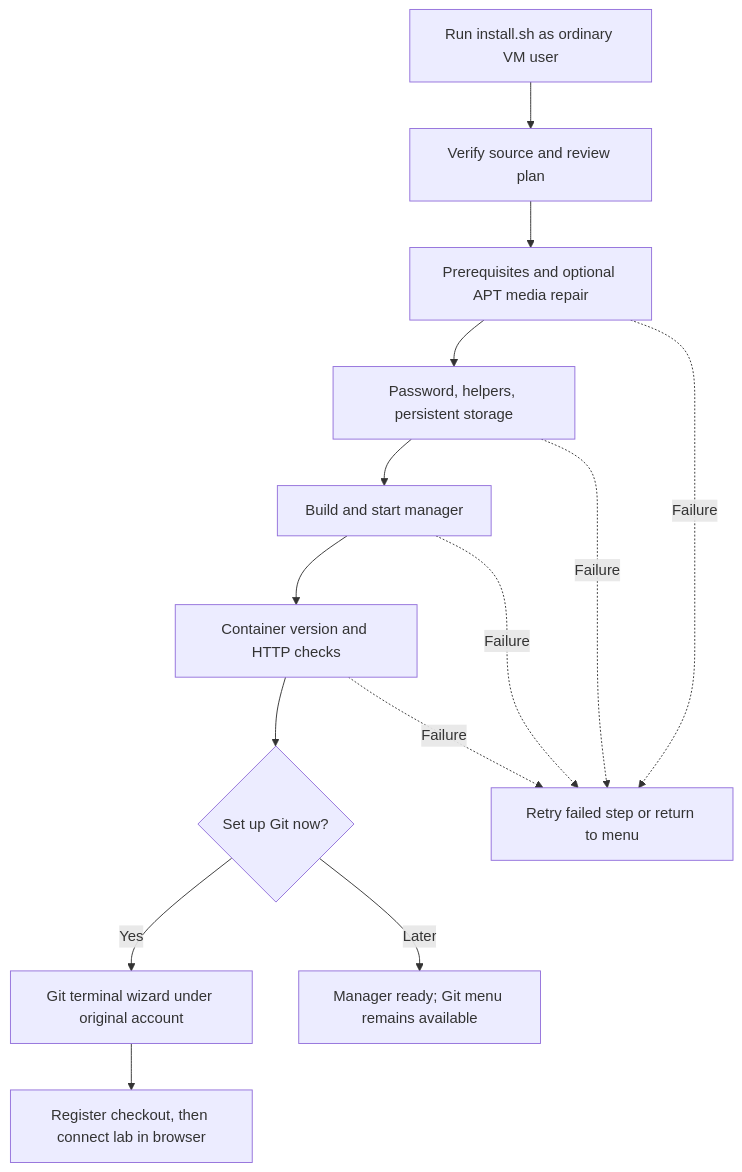
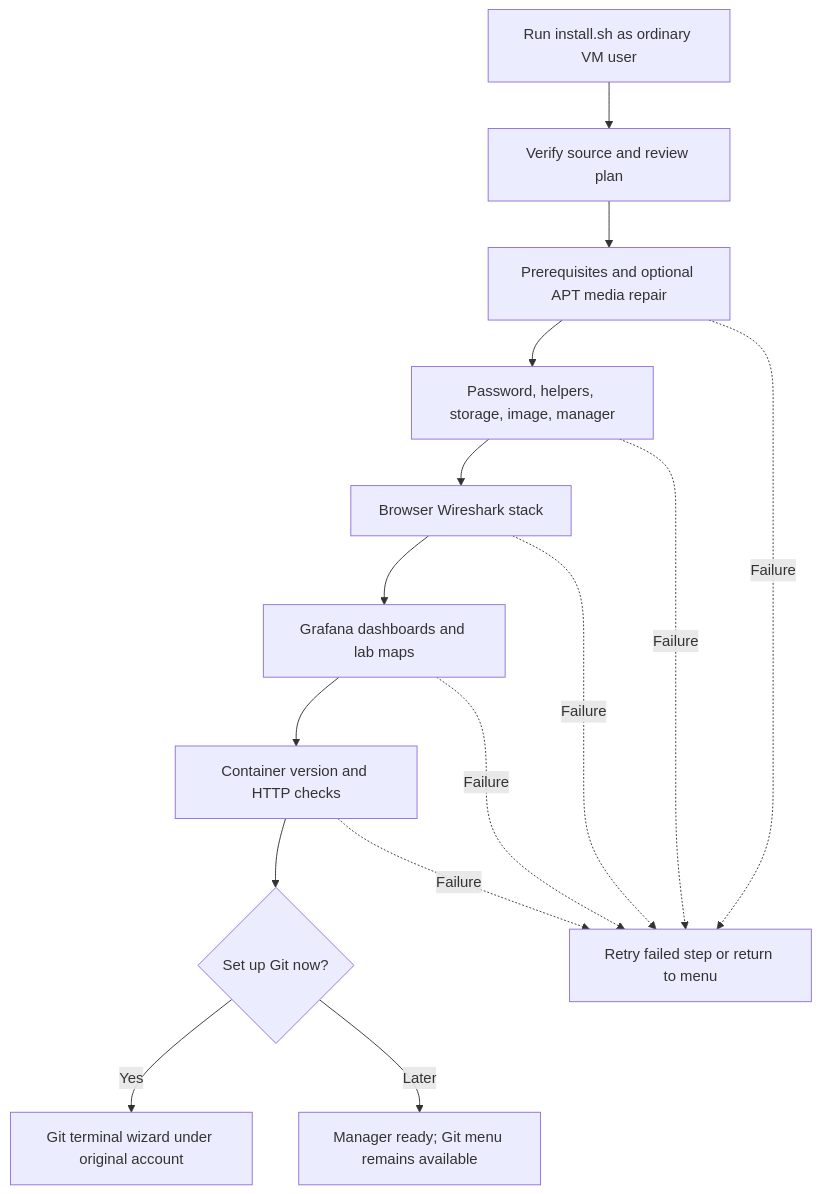
The diagram in docs/INSTALL.md (ArchRuger/CLAB-BACKUP-WORKER-v2), drawn with Mermaid before and after one commit. The commit also changed other lines of this file and 71 other files, not shown here.

````diff
--- a/docs/INSTALL.md
+++ b/docs/INSTALL.md
@@ -110,16 +90,17 @@
 ```mermaid
 flowchart TD
     A[Run install.sh as ordinary VM user] --> B[Verify source and review plan]
     B --> C[Prerequisites and optional APT media repair]
-    C --> D[Password, helpers, persistent storage]
-    D --> E[Build and start manager]
-    E --> F[Container version and HTTP checks]
-    F --> G{Set up Git now?}
-    G -- Yes --> H[Git terminal wizard under original account]
-    G -- Later --> I[Manager ready; Git menu remains available]
-    H --> J[Register checkout, then connect lab in browser]
+    C --> D[Password, helpers, storage, image, manager]
+    D --> E[Browser Wireshark stack]
+    E --> F[Grafana dashboards and lab maps]
+    F --> G[Container version and HTTP checks]
+    G --> H{Set up Git now?}
+    H -- Yes --> I[Git terminal wizard under original account]
+    H -- Later --> J[Manager ready; Git menu remains available]
     C -. Failure .-> K[Retry failed step or return to menu]
     D -. Failure .-> K
     E -. Failure .-> K
     F -. Failure .-> K
+    G -. Failure .-> K
 ```
````
